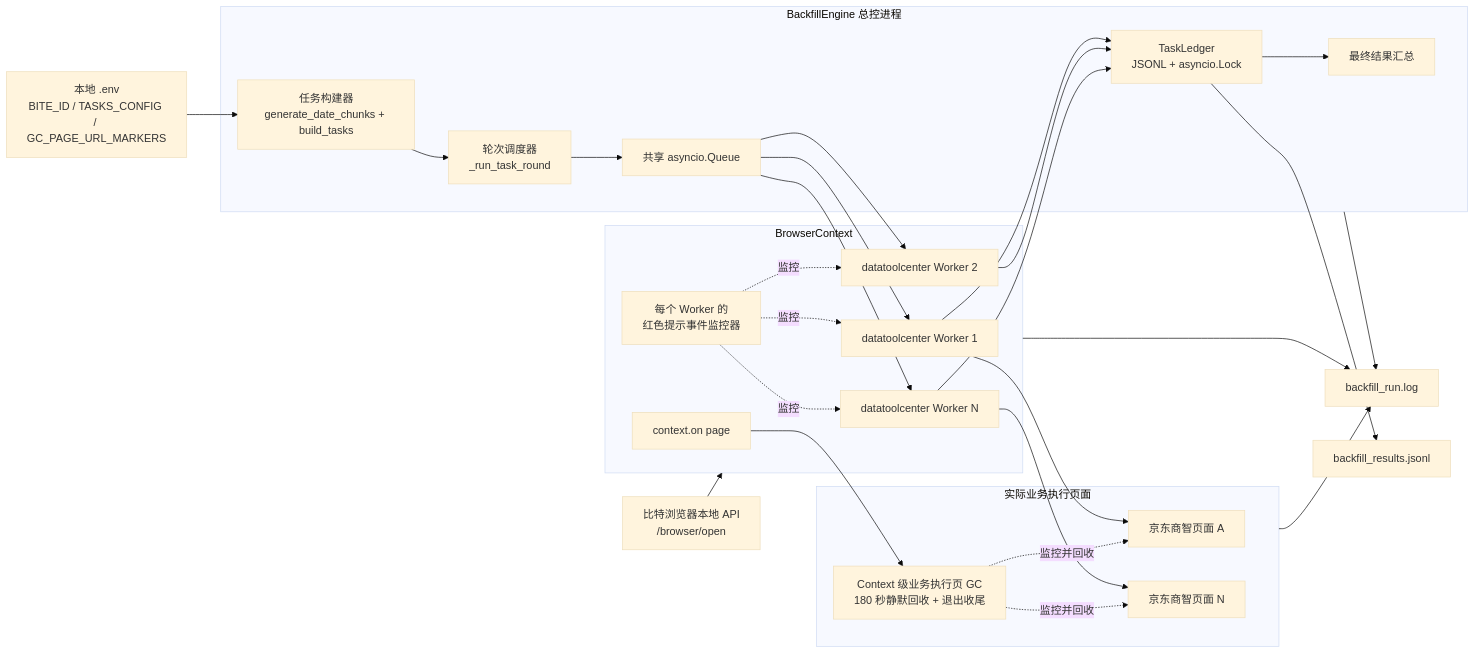
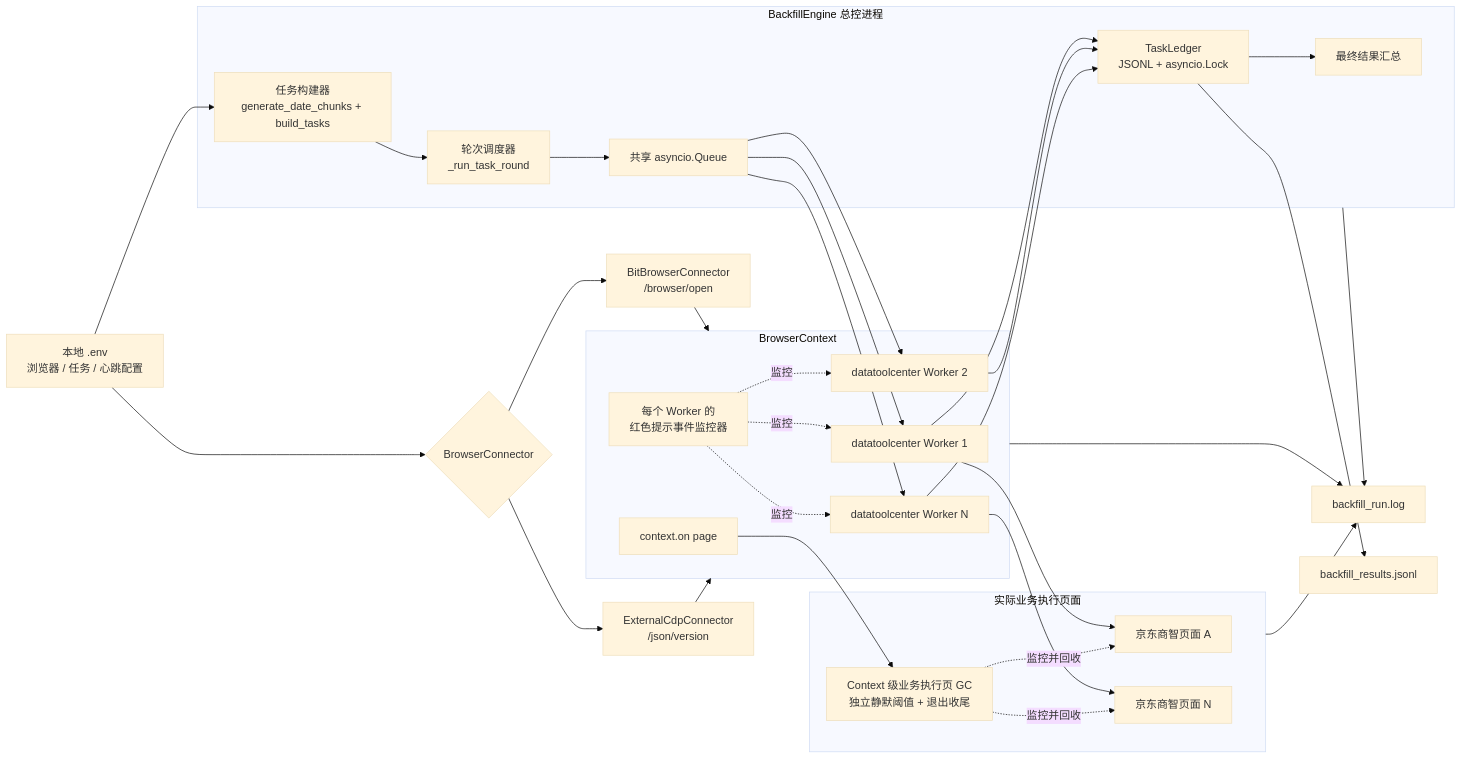
Before and after one commit to liao084/BitBrowser-Backfill-Engine: the second of 15 diagrams in ARCHITECTURE.md, drawn with Mermaid (base theme). The commit also changed other lines of this file and 6 other files, not shown here.

````diff
--- a/ARCHITECTURE.md
+++ b/ARCHITECTURE.md
@@ -57,53 +61,59 @@
 ```mermaid
 flowchart LR
-    Config["本地 .env<br/>BITE_ID / TASKS_CONFIG / GC_PAGE_URL_MARKERS"]
-    BitAPI["比特浏览器本地 API<br/>/browser/open"]
+    Config["本地 .env<br/>浏览器 / 任务 / 心跳配置"]
+    Connector{"BrowserConnector"}
+    BitAPI["BitBrowserConnector<br/>/browser/open"]
+    External["ExternalCdpConnector<br/>/json/version"]
 
     subgraph Engine["BackfillEngine 总控进程"]
         Builder["任务构建器<br/>generate_date_chunks + build_tasks"]
         Pool["共享 asyncio.Queue"]
         Scheduler["轮次调度器<br/>_run_task_round"]
         Ledger["TaskLedger<br/>JSONL + asyncio.Lock"]
         Summary["最终结果汇总"]
     end
 
     subgraph Context["BrowserContext"]
         W1["datatoolcenter Worker 1"]
         W2["datatoolcenter Worker 2"]
         WN["datatoolcenter Worker N"]
         ToastGuard["每个 Worker 的<br/>红色提示事件监控器"]
         PageEvent["context.on page"]
     end
 
     subgraph Business["实际业务执行页面"]
         JD1["京东商智页面 A"]
         JDN["京东商智页面 N"]
-        GC["Context 级业务执行页 GC<br/>180 秒静默回收 + 退出收尾"]
+        GC["Context 级业务执行页 GC<br/>独立静默阈值 + 退出收尾"]
     end
 
     Log["backfill_run.log"]
     Result["backfill_results.jsonl"]
 
+    Config --> Connector
+    Connector --> BitAPI
+    Connector --> External
+    BitAPI --> Context
+    External --> Context
     Config --> Builder --> Scheduler
-    BitAPI --> Context
     Scheduler --> Pool
     Pool --> W1
     Pool --> W2
     Pool --> WN
     W1 --> Ledger
     W2 --> Ledger
     WN --> Ledger
     Ledger --> Result
     Ledger --> Summary
     ToastGuard -.监控.-> W1
     ToastGuard -.监控.-> W2
     ToastGuard -.监控.-> WN
     W1 --> JD1
     WN --> JDN
     PageEvent --> GC
     GC -.监控并回收.-> JD1
     GC -.监控并回收.-> JDN
     Engine --> Log
     Context --> Log
     Business --> Log
 ```
````
